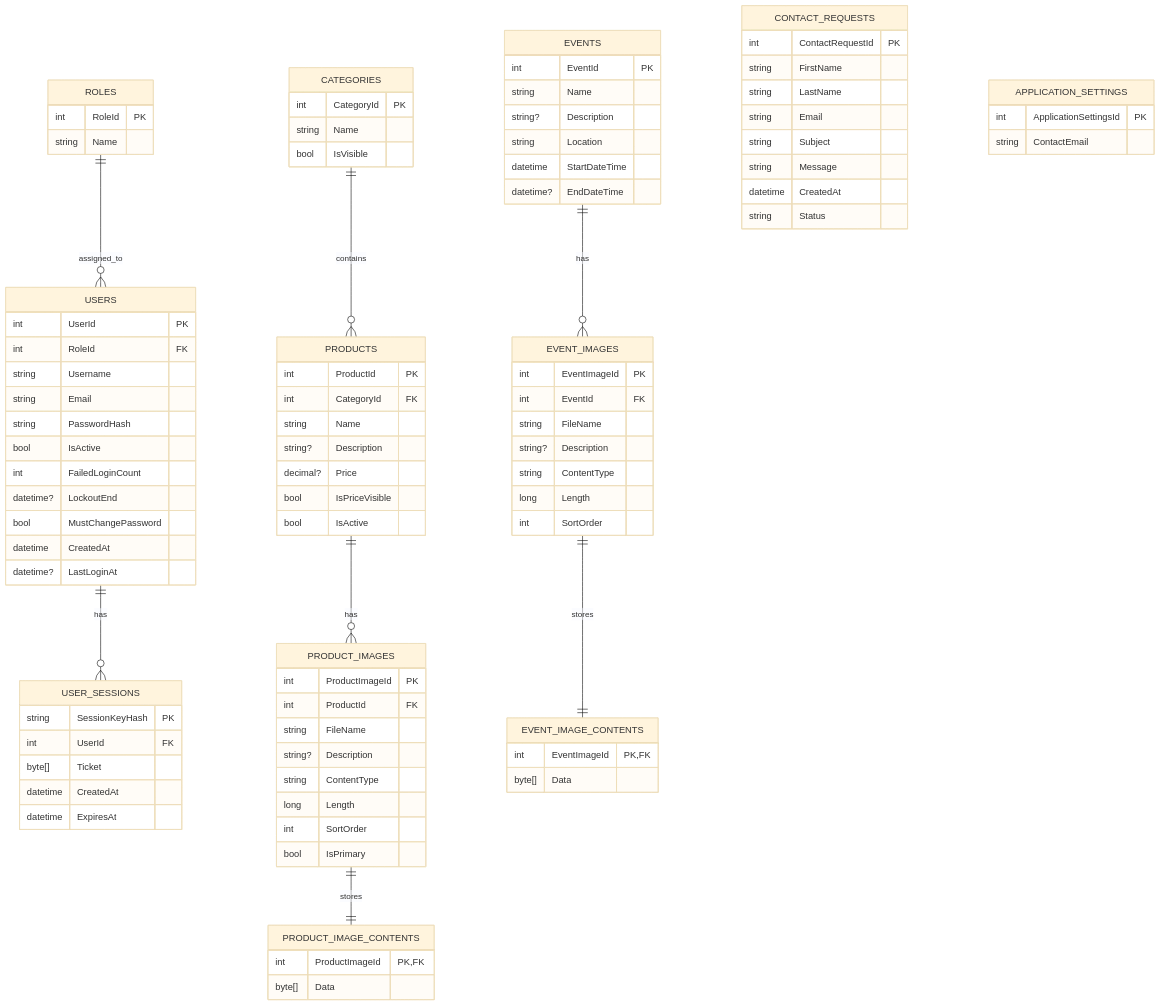
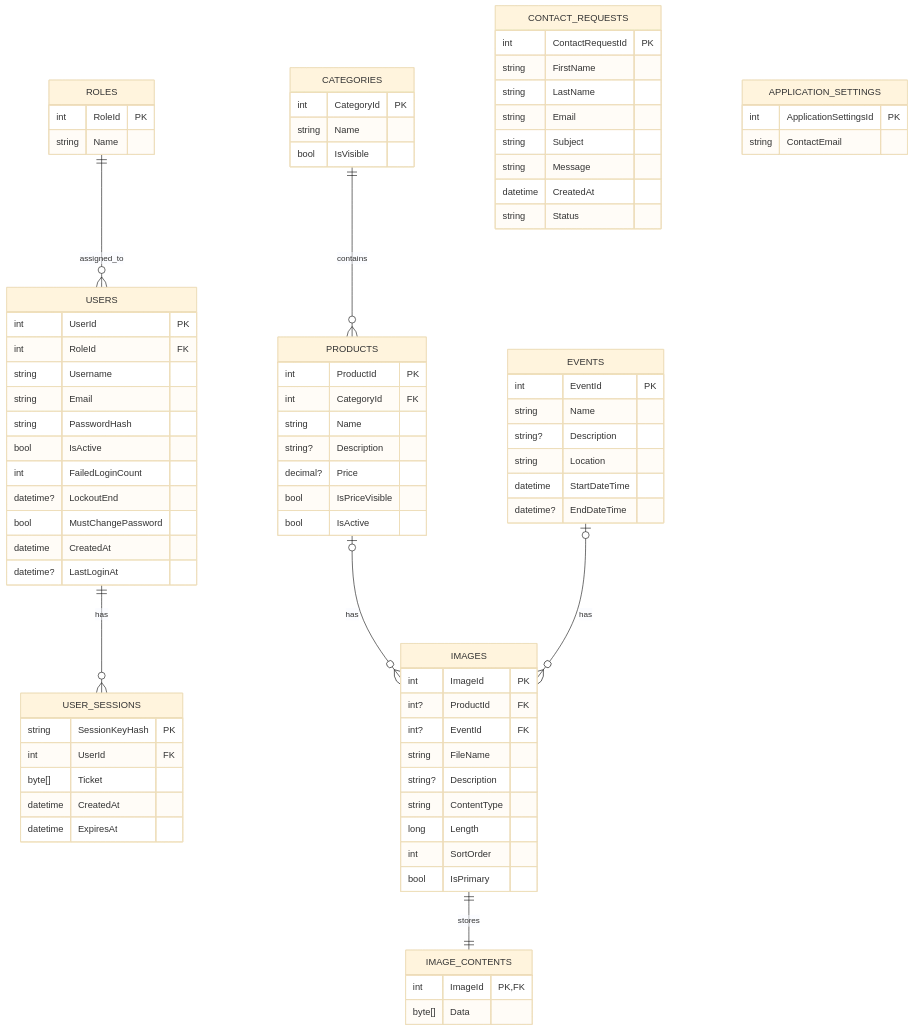
Before and after one commit to SchuelerfirmaBBS1/Webseite_Schuelerfirma_04: the diagram in documentation/UMLEntityRelationshipDiagramm.mmd, drawn with Mermaid (base theme). The commit also changed 4 other files, not shown here.

Commit message:
docs(images): describe the single image model

```diff
--- a/documentation/UMLEntityRelationshipDiagramm.mmd
+++ b/documentation/UMLEntityRelationshipDiagramm.mmd
@@ -1,109 +1,96 @@
 erDiagram
 
     USERS {
         int UserId PK
         int RoleId FK
         string Username
         string Email
         string PasswordHash
         bool IsActive
         int FailedLoginCount
         datetime? LockoutEnd
         bool MustChangePassword
         datetime CreatedAt
         datetime? LastLoginAt
     }
 
     ROLES {
         int RoleId PK
         string Name
     }
 
     USER_SESSIONS {
         string SessionKeyHash PK
         int UserId FK
         byte[] Ticket
         datetime CreatedAt
         datetime ExpiresAt
     }
 
     CATEGORIES {
         int CategoryId PK
         string Name
         bool IsVisible
     }
 
     PRODUCTS {
         int ProductId PK
         int CategoryId FK
         string Name
         string? Description
         decimal? Price
         bool IsPriceVisible
         bool IsActive
     }
 
-    PRODUCT_IMAGES {
-        int ProductImageId PK
-        int ProductId FK
-        string FileName
-        string? Description
-        string ContentType
-        long Length
-        int SortOrder
-        bool IsPrimary
-    }
-
-    PRODUCT_IMAGE_CONTENTS {
-        int ProductImageId PK, FK
-        byte[] Data
-    }
-
     EVENTS {
         int EventId PK
         string Name
         string? Description
         string Location
         datetime StartDateTime
         datetime? EndDateTime
     }
 
-    EVENT_IMAGES {
-        int EventImageId PK
-        int EventId FK
+    %% One image table for all owners: exactly one of ProductId / EventId is set (CK_Images_ExactlyOneOwner).
+    %% EventId comes with the events (#14).
+    IMAGES {
+        int ImageId PK
+        int? ProductId FK
+        int? EventId FK
         string FileName
         string? Description
         string ContentType
         long Length
         int SortOrder
+        bool IsPrimary
     }
 
-    EVENT_IMAGE_CONTENTS {
-        int EventImageId PK, FK
+    IMAGE_CONTENTS {
+        int ImageId PK, FK
         byte[] Data
     }
 
     CONTACT_REQUESTS {
         int ContactRequestId PK
         string FirstName
         string LastName
         string Email
         string Subject
         string Message
         datetime CreatedAt
         string Status
     }
 
     APPLICATION_SETTINGS {
         int ApplicationSettingsId PK
         string ContactEmail
     }
 
     CATEGORIES ||--o{ PRODUCTS : contains
-    PRODUCTS ||--o{ PRODUCT_IMAGES : has
-    PRODUCT_IMAGES ||--|| PRODUCT_IMAGE_CONTENTS : stores
-    EVENTS ||--o{ EVENT_IMAGES : has
-    EVENT_IMAGES ||--|| EVENT_IMAGE_CONTENTS : stores
+    PRODUCTS |o--o{ IMAGES : has
+    EVENTS |o--o{ IMAGES : has
+    IMAGES ||--|| IMAGE_CONTENTS : stores
 
     ROLES ||--o{ USERS : assigned_to
     USERS ||--o{ USER_SESSIONS : has
```
